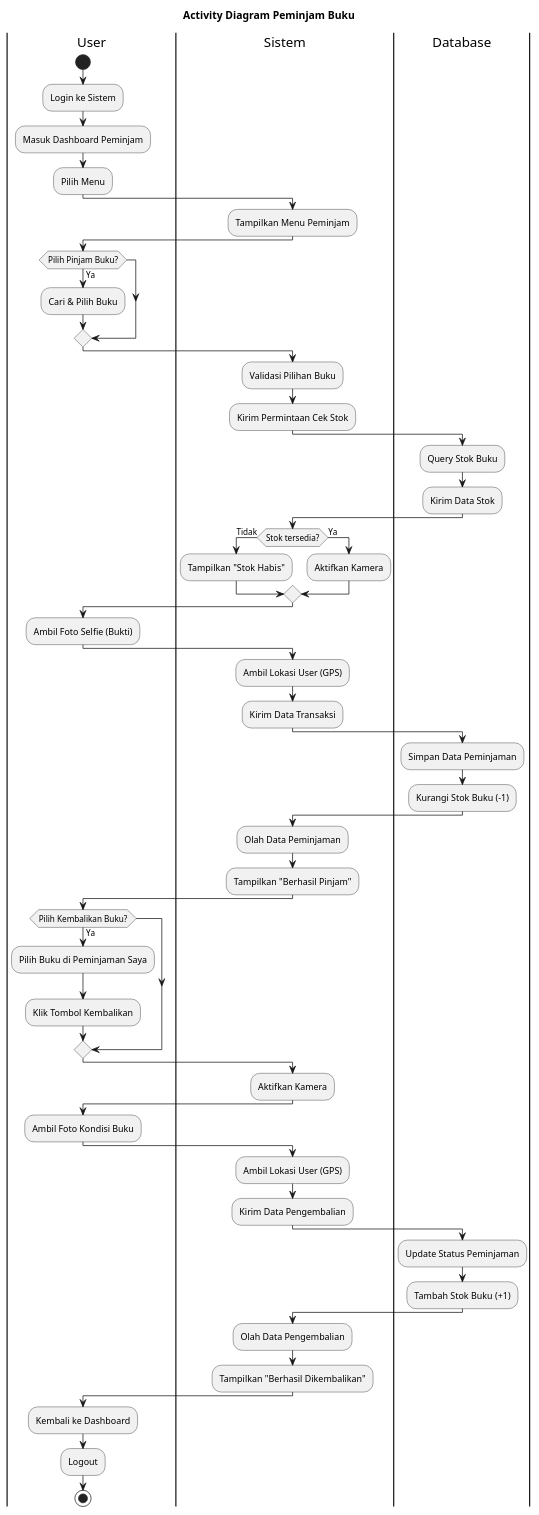
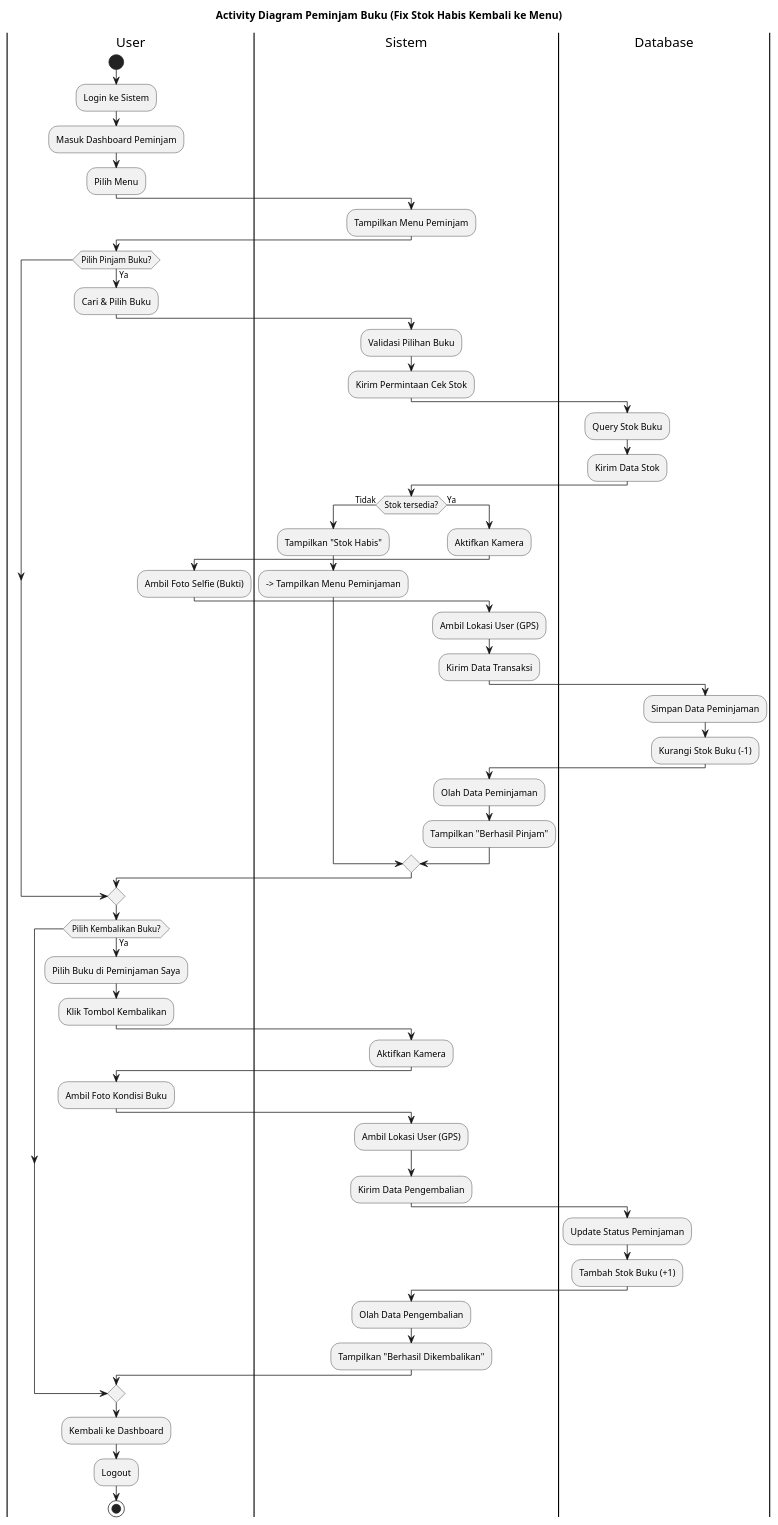
Before and after one commit to A-PPAW-TI503P-2025/PROJECT_KELOMPOK2_LOKASI-KAMERA: the diagram in act-diagram-user.puml, drawn with PlantUML.

Commit message:
ubah act peminjaman buku

```diff
--- a/act-diagram-user.puml
+++ b/act-diagram-user.puml
@@ -1,76 +1,79 @@
 @startuml
-title Activity Diagram Peminjam Buku
+title Activity Diagram Peminjam Buku (Fix Stok Habis Kembali ke Menu)
 
 |User|
 start
 :Login ke Sistem;
 :Masuk Dashboard Peminjam;
+
 :Pilih Menu;
 
 |Sistem|
 :Tampilkan Menu Peminjam;
 
 |User|
 if (Pilih Pinjam Buku?) then (Ya)
     :Cari & Pilih Buku;
+
+    |Sistem|
+    :Validasi Pilihan Buku;
+    :Kirim Permintaan Cek Stok;
+
+    |Database|
+    :Query Stok Buku;
+    :Kirim Data Stok;
+
+    |Sistem|
+    if (Stok tersedia?) then (Tidak)
+        :Tampilkan "Stok Habis";
+        --> Tampilkan Menu Peminjaman
+    else (Ya)
+        :Aktifkan Kamera;
+
+
+        |User|
+        :Ambil Foto Selfie (Bukti);
+
+        |Sistem|
+        :Ambil Lokasi User (GPS);
+        :Kirim Data Transaksi;
+
+        |Database|
+        :Simpan Data Peminjaman;
+        :Kurangi Stok Buku (-1);
+
+        |Sistem|
+        :Olah Data Peminjaman;
+        :Tampilkan "Berhasil Pinjam";
+    endif
 endif
-
-|Sistem|
-:Validasi Pilihan Buku;
-:Kirim Permintaan Cek Stok;
-
-|Database|
-:Query Stok Buku;
-:Kirim Data Stok;
-
-|Sistem|
-if (Stok tersedia?) then (Tidak)
-    :Tampilkan "Stok Habis";
-else (Ya)
-    :Aktifkan Kamera;
-endif
-
-|User|
-:Ambil Foto Selfie (Bukti);
-
-|Sistem|
-:Ambil Lokasi User (GPS);
-:Kirim Data Transaksi;
-
-|Database|
-:Simpan Data Peminjaman;
-:Kurangi Stok Buku (-1);
-
-|Sistem|
-:Olah Data Peminjaman;
-:Tampilkan "Berhasil Pinjam";
 
 |User|
 if (Pilih Kembalikan Buku?) then (Ya)
     :Pilih Buku di Peminjaman Saya;
     :Klik Tombol Kembalikan;
+
+    |Sistem|
+    :Aktifkan Kamera;
+
+    |User|
+    :Ambil Foto Kondisi Buku;
+
+    |Sistem|
+    :Ambil Lokasi User (GPS);
+    :Kirim Data Pengembalian;
+
+    |Database|
+    :Update Status Peminjaman;
+    :Tambah Stok Buku (+1);
+
+    |Sistem|
+    :Olah Data Pengembalian;
+    :Tampilkan "Berhasil Dikembalikan";
 endif
-
-|Sistem|
-:Aktifkan Kamera;
-
-|User|
-:Ambil Foto Kondisi Buku;
-
-|Sistem|
-:Ambil Lokasi User (GPS);
-:Kirim Data Pengembalian;
-
-|Database|
-:Update Status Peminjaman;
-:Tambah Stok Buku (+1);
-
-|Sistem|
-:Olah Data Pengembalian;
-:Tampilkan "Berhasil Dikembalikan";
 
 |User|
 :Kembali ke Dashboard;
 :Logout;
 stop
 @enduml
```
